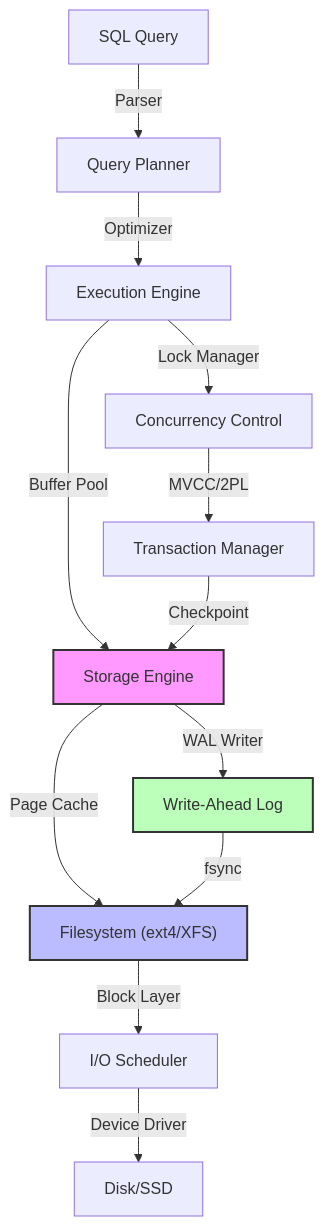
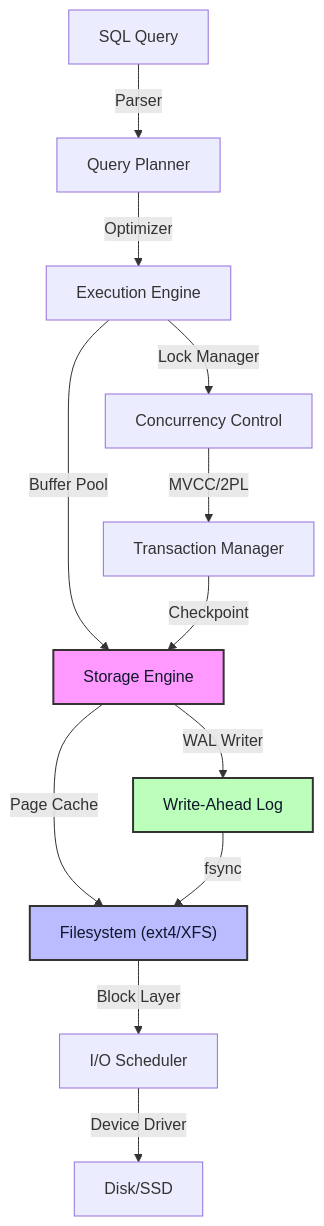
One commit to blebleblee/synapse changed the diagram in topics/computing/data/database_internals/labs.md. Above: the diagram before and after it, drawn with Mermaid. The commit also changed 1464 other files, not shown here.

Commit message:
feat(release): curriculum vector mermaid upgrade, render hardening, and master synpack

````diff
--- a/topics/computing/data/database_internals/labs.md
+++ b/topics/computing/data/database_internals/labs.md
@@ -230,20 +230,20 @@
 ```mermaid
 graph TD
     A["SQL Query"] -->|Parser| B["Query Planner"]
     B -->|Optimizer| C["Execution Engine"]
     C -->|"Lock Manager"| D["Concurrency Control"]
     C -->|"Buffer Pool"| E["Storage Engine"]
     E -->|"Page Cache"| F["Filesystem (ext4/XFS)"]
     F -->|"Block Layer"| G["I/O Scheduler"]
     G -->|"Device Driver"| H["Disk/SSD"]
     
     E -->|"WAL Writer"| I["Write-Ahead Log"]
     I -->|fsync| F
     
     D -->|"MVCC/2PL"| J["Transaction Manager"]
     J -->|Checkpoint| E
     
-    style E fill:#f9f,stroke:#333,stroke-width:2px
-    style F fill:#bbf,stroke:#333,stroke-width:2px
-    style I fill:#bfb,stroke:#333,stroke-width:2px
+    style E fill:#f9f,stroke:#333,stroke-width:2px,color:#0f172a
+    style F fill:#bbf,stroke:#333,stroke-width:2px,color:#0f172a
+    style I fill:#bfb,stroke:#333,stroke-width:2px,color:#0f172a
 ```
````
